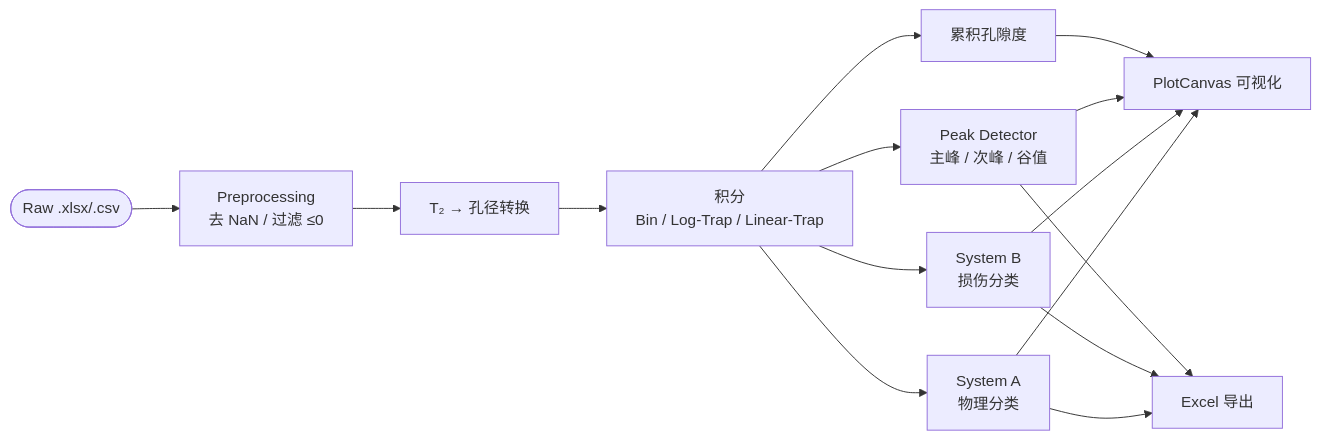
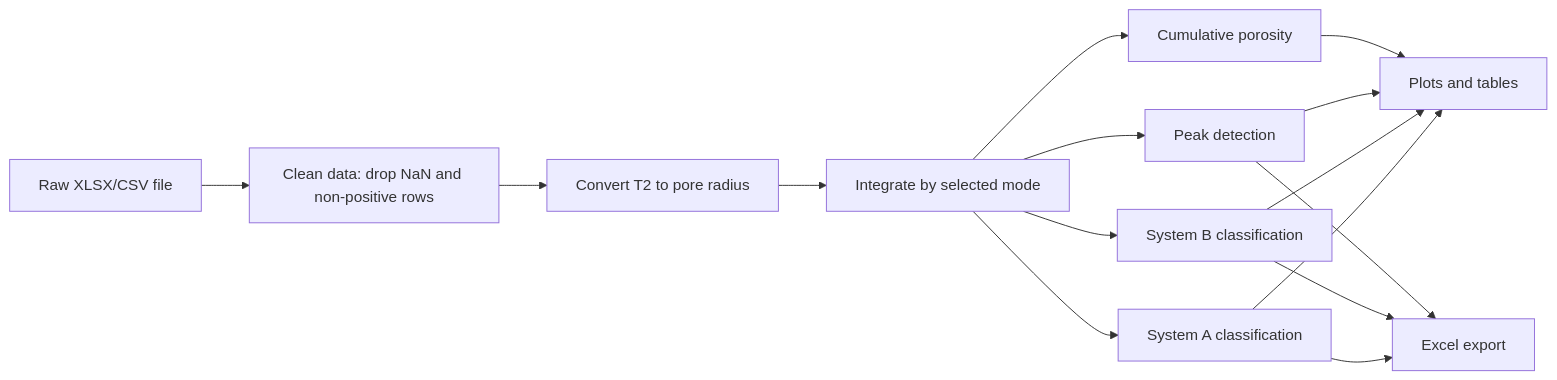
The second of 2 diagrams in README.md (liqinglq666/NMR-Pore-Analyzer), drawn with Mermaid before and after one commit. The commit also changed other lines of this file, not shown here.

````diff
--- a/README.md
+++ b/README.md
@@ -41,12 +60,17 @@
 ```mermaid
 flowchart LR
-    A(["Raw .xlsx/.csv"]) --> B["Preprocessing\n去 NaN / 过滤 ≤0"]
-    B --> C["T₂ → 孔径转换"]
-    C --> D["积分\nBin / Log-Trap / Linear-Trap"]
-    D --> E["System A\n物理分类"]
-    D --> F["System B\n损伤分类"]
-    D --> G["Peak Detector\n主峰 / 次峰 / 谷值"]
-    D --> H["累积孔隙度"]
-    E & F & G & H --> I["PlotCanvas 可视化"]
-    E & F & G --> J["Excel 导出"]
+    A["Raw XLSX/CSV file"] --> B["Clean data: drop NaN and non-positive rows"]
+    B --> C["Convert T2 to pore radius"]
+    C --> D["Integrate by selected mode"]
+    D --> E["System A classification"]
+    D --> F["System B classification"]
+    D --> G["Peak detection"]
+    D --> H["Cumulative porosity"]
+    E --> I["Plots and tables"]
+    F --> I
+    G --> I
+    H --> I
+    E --> J["Excel export"]
+    F --> J
+    G --> J
 ```
````
